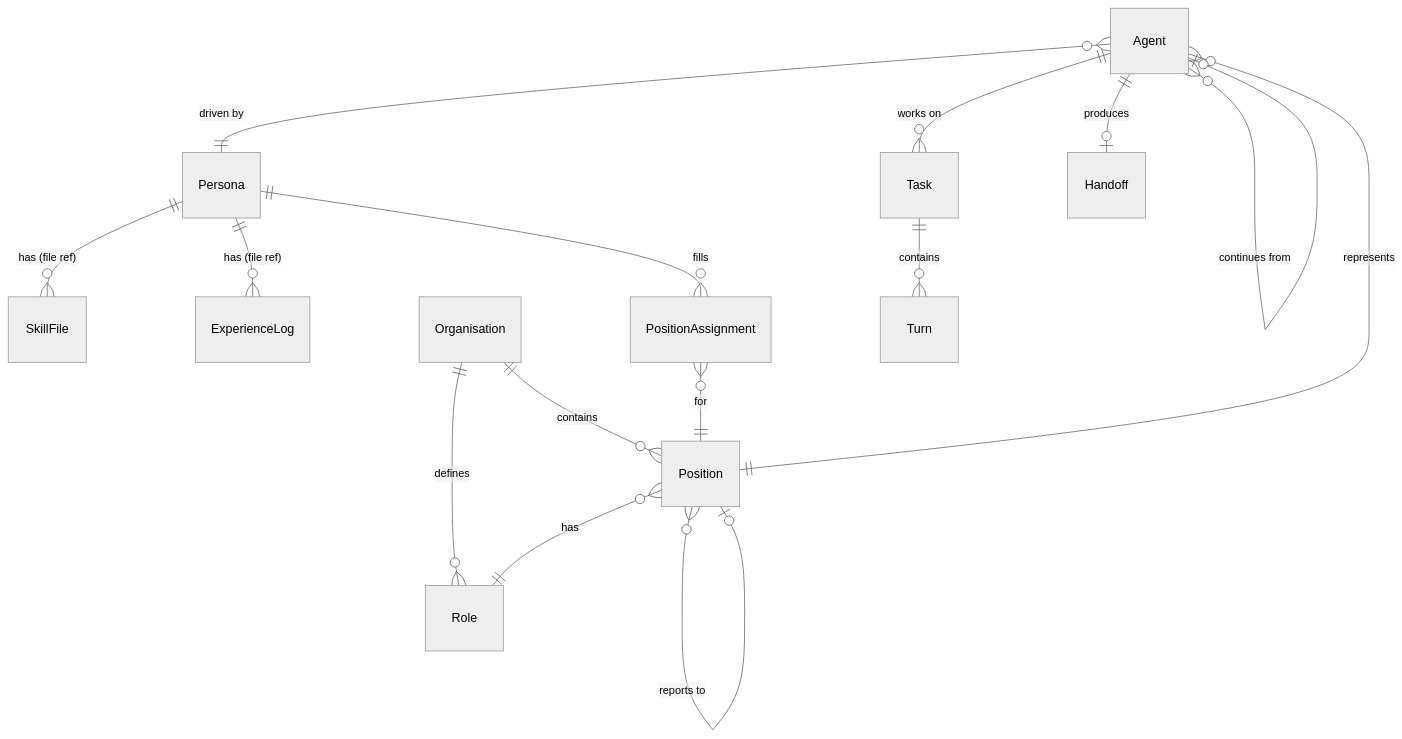
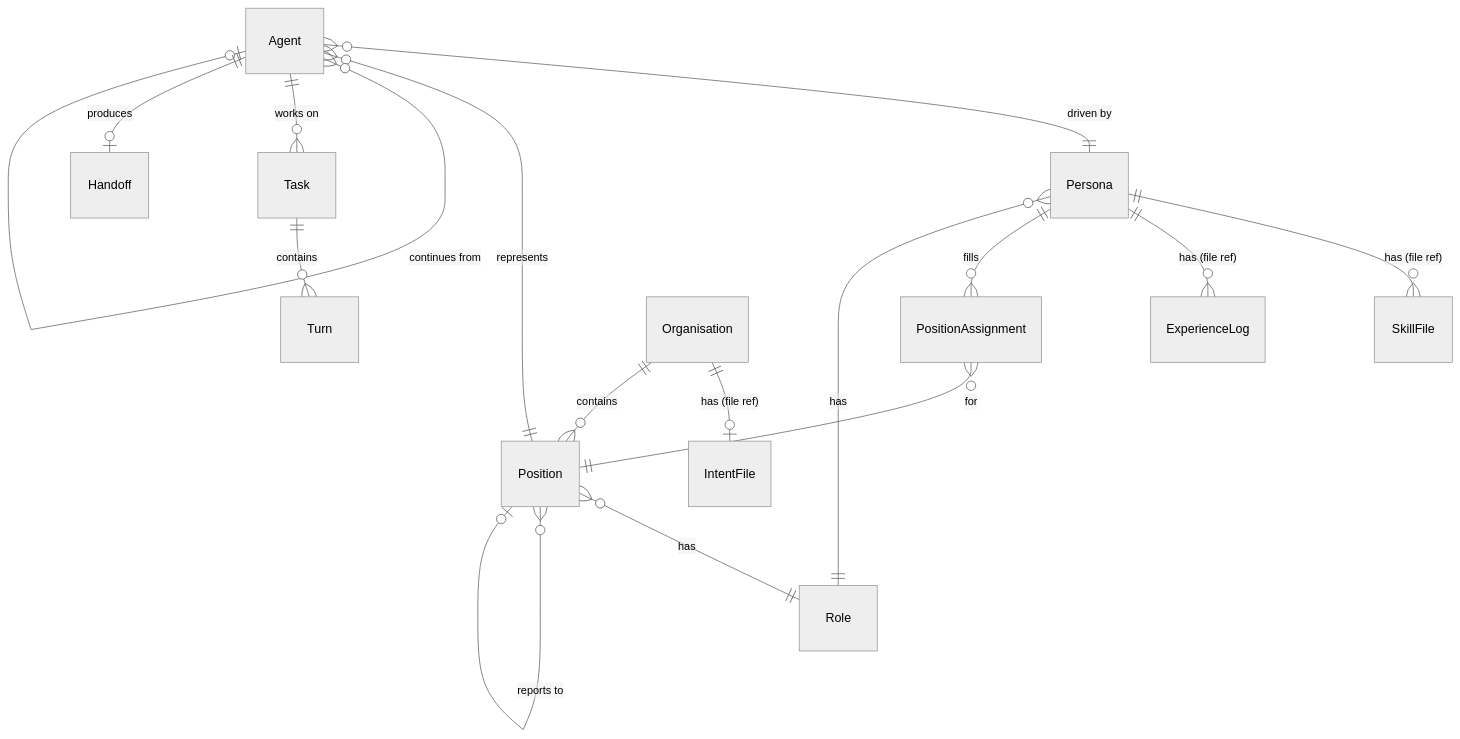
One commit to samotage/claude-headspace changed the diagram in docs/workshop/erds/headspace-org-erd-simplified.md. Above: the diagram before and after it, drawn with Mermaid (neutral theme). The commit also changed other lines of this file and 2 other files, not shown here.

First line of the commit message:
feat: resolve Organisation Workshop Section 1 — serialization, CLI, round-trip, filesystem

````diff
--- a/docs/workshop/erds/headspace-org-erd-simplified.md
+++ b/docs/workshop/erds/headspace-org-erd-simplified.md
@@ -9,22 +9,23 @@
 ```mermaid
 erDiagram
     Persona ||--o{ SkillFile : "has (file ref)"
     Persona ||--o{ ExperienceLog : "has (file ref)"
     Persona ||--o{ PositionAssignment : "fills"
+    Persona }o--|| Role : "has"
 
-    Organisation ||--o{ Role : "defines"
+    Organisation ||--o| IntentFile : "has (file ref)"
     Organisation ||--o{ Position : "contains"
 
     Position }o--|| Role : "has"
     Position }o--o| Position : "reports to"
 
     PositionAssignment }o--|| Position : "for"
 
     Agent }o--|| Persona : "driven by"
     Agent }o--|| Position : "represents"
     Agent }o--o| Agent : "continues from"
     Agent ||--o{ Task : "works on"
     Agent ||--o| Handoff : "produces"
 
     Task ||--o{ Turn : "contains"
 ```
````
